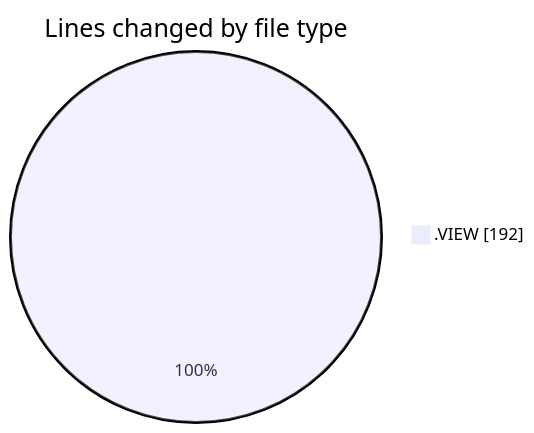
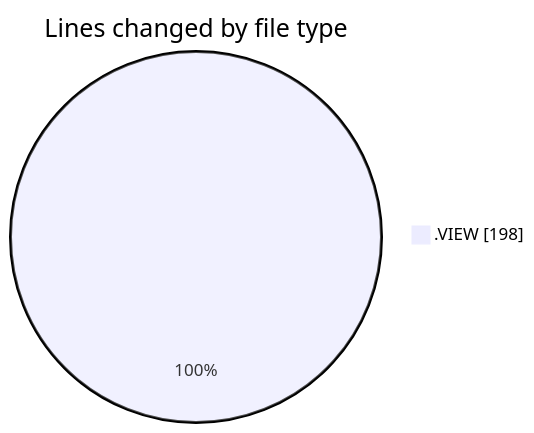
Before and after one commit to ricardozamudiocil/code-tracking: the first of 2 diagrams in 2026-04-21/objetosbd/README.md, drawn with Mermaid. The commit also changed other lines of this file and 1 other file, not shown here.

````diff
--- a/2026-04-21/objetosbd/README.md
+++ b/2026-04-21/objetosbd/README.md
@@ -21,5 +21,5 @@
 ```mermaid
 pie showData
 title Lines changed by file type
-".VIEW" : 192
+".VIEW" : 198
 ```
````
